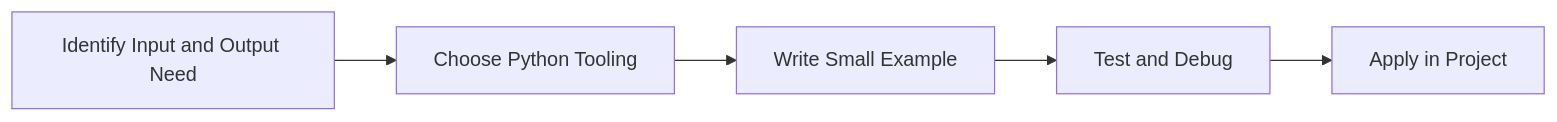
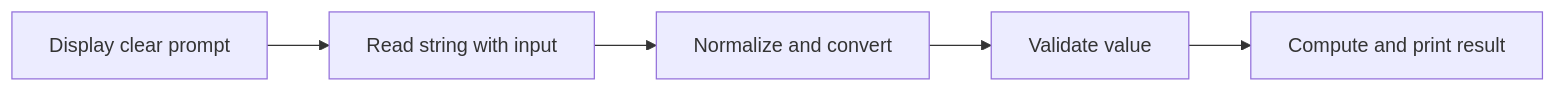
The diagram in Python-Mastery/Beginner/08-input-and-output.md (SYMOIZ/E-Learning-Portal), drawn with Mermaid before and after one commit. The commit also changed other lines of this file and 116 other files, not shown here.

````diff
--- a/Python-Mastery/Beginner/08-input-and-output.md
+++ b/Python-Mastery/Beginner/08-input-and-output.md
@@ -124,7 +139,12 @@
 ```mermaid
 flowchart LR
-    A[Identify Input and Output Need] --> B[Choose Python Tooling]
-    B --> C[Write Small Example]
-    C --> D[Test and Debug]
-    D --> E[Apply in Project]
+    A[Display clear prompt]
+    B[Read string with input]
+    C[Normalize and convert]
+    D[Validate value]
+    E[Compute and print result]
+    A --> B
+    B --> C
+    C --> D
+    D --> E
 ```
````
